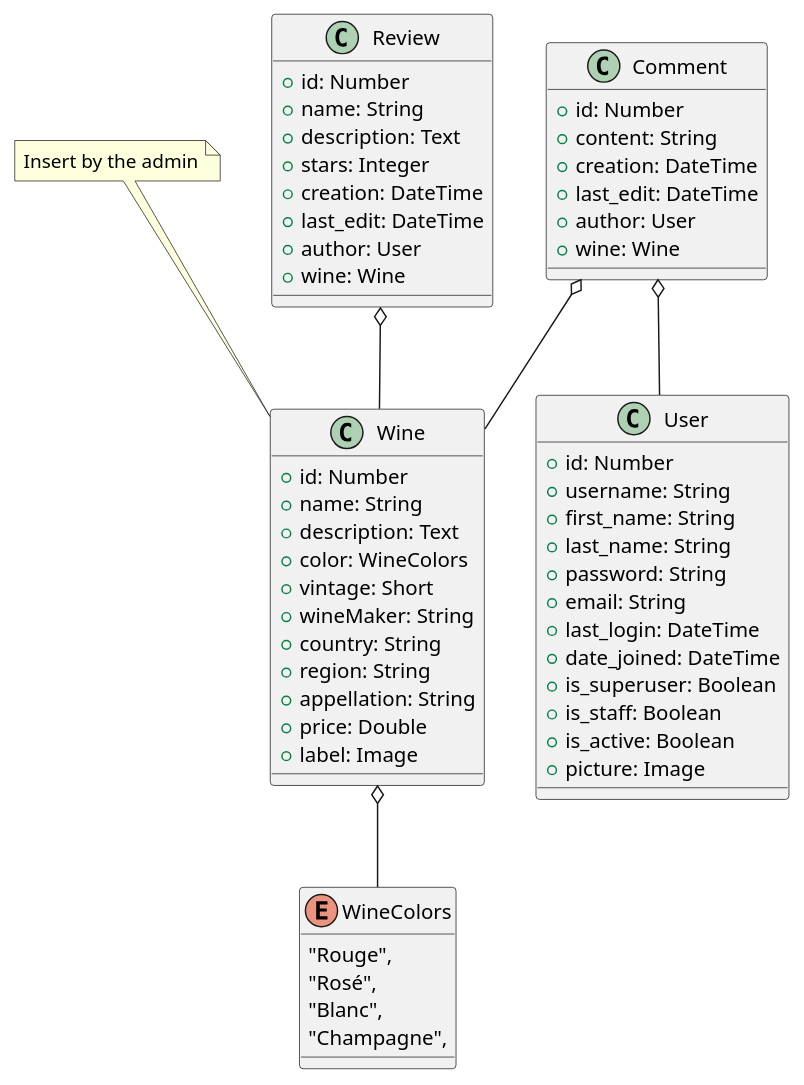
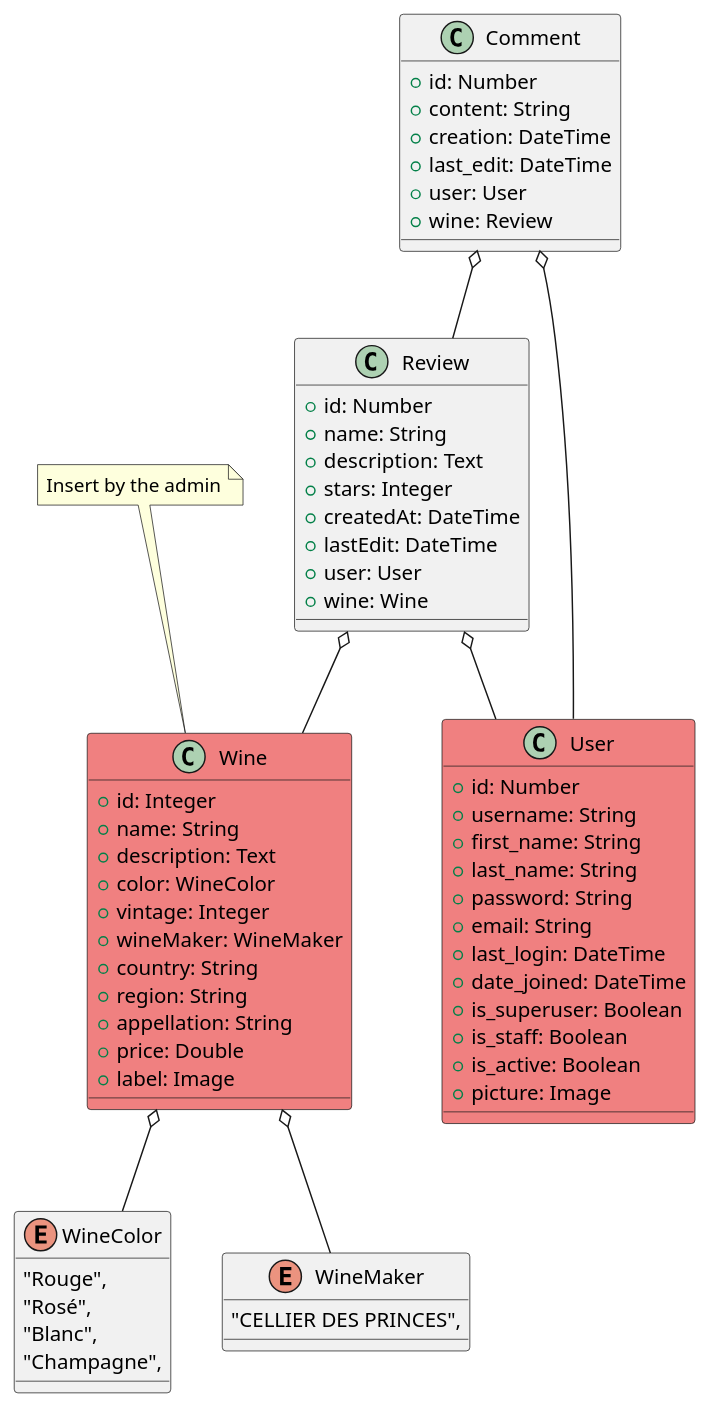
The diagram in API/Overview.plantuml (qanastek/WineNot), drawn with PlantUML before and after one commit. The commit also changed 174 other files, not shown here.

```diff
--- a/API/Overview.plantuml
+++ b/API/Overview.plantuml
@@ -1,67 +1,87 @@
 @startuml Overview
 
 ' #LightSkyBlue
-class Wine {
-    + id: Number
+' rails generate scaffold Wine name:string description:text 
+' wine_color:references vintage:integer wine_maker:references country:string
+' region:string appellation:string price:decimal
+class Wine #LightCoral {
+    + id: Integer
     + name: String
     + description: Text
-    + color: WineColors
-    + vintage: Short
-    + wineMaker: String
+    + color: WineColor
+    + vintage: Integer
+    + wineMaker: WineMaker
     + country: String
     + region: String
     + appellation: String
     + price: Double
     + label: Image
 }
-Wine o-- WineColors
+Wine o-- WineColor
+Wine o-- WineMaker
 note top of Wine
 Insert by the admin
 end note
 
+' rails generate scaffold Review name:string description:text
+' stars:integer createdAt:datetime lastEdit:datetime user:references
+' wine:references
 class Review {
     + id: Number
     + name: String
     + description: Text
     + stars: Integer
-    + creation: DateTime
-    + last_edit: DateTime
-    + author: User
+    + createdAt: DateTime
+    + lastEdit: DateTime
+    + user: User
     + wine: Wine
 }
+Review o-- User
 Review o-- Wine
 
+' rails generate scaffold Comment content:text createdAt:datetime
+' lastEdit:datetime user:references wine:references
 class Comment {
     + id: Number
     + content: String
     + creation: DateTime
     + last_edit: DateTime
-    + author: User
-    + wine: Wine
+    + user: User
+    + wine: Review
 }
-Comment o-- Wine
 Comment o-- User
+Comment o-- Review
 
-class User {
+' rails generate scaffold User username:string:uniq first_name:string
+' last_name:string password:string email:string:uniq last_login:datetime
+' date_joined:datetime is_superuser:boolean is_staff:boolean
+' is_active:boolean
+class User #LightCoral {
     + id: Number
     + username: String
     + first_name: String
     + last_name: String
     + password: String
     + email: String
     + last_login: DateTime
     + date_joined: DateTime
     + is_superuser: Boolean
     + is_staff: Boolean
     + is_active: Boolean
     + picture: Image
 }
 
-Enum WineColors {
+' rails generate scaffold WineColor name:string
+Enum WineColor {
     "Rouge",
     "Rosé",
     "Blanc",
     "Champagne",
 }
 
+' rails generate scaffold WineMaker name:string
+Enum WineMaker {
+    "CELLIER DES PRINCES",
+}
+
 @enduml
```
